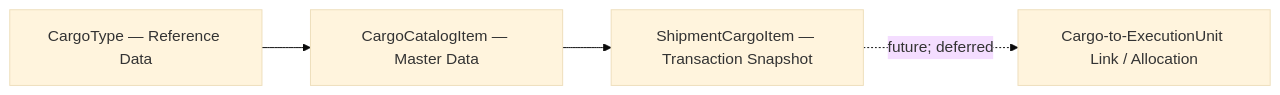
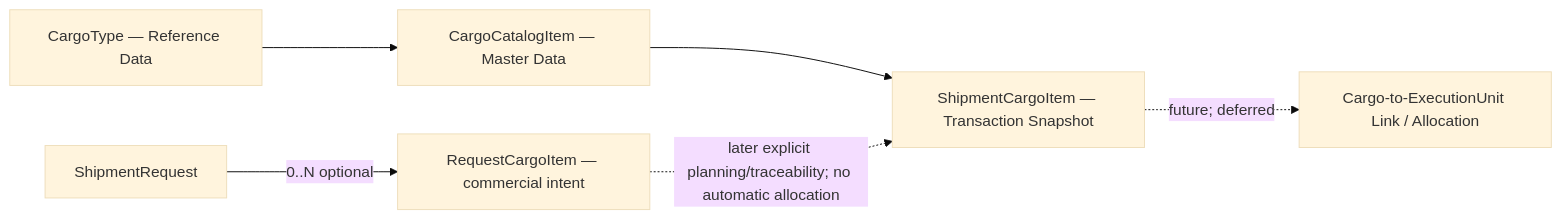
The fourth of 8 diagrams in docs/operational/FDM-001-forwarder-domain-map.md (behtashnoori/forwarder), drawn with Mermaid (base theme) before and after one commit. The commit also changed other lines of this file and 16 other files, not shown here.

Commit message:
docs(architecture): reconcile product references under LPAF

````diff
--- a/docs/operational/FDM-001-forwarder-domain-map.md
+++ b/docs/operational/FDM-001-forwarder-domain-map.md
@@ -56,5 +60,7 @@
 ```mermaid
 flowchart LR
+  SR["ShipmentRequest"] -->|"0..N optional"| RI["RequestCargoItem — commercial intent"]
   CT["CargoType — Reference Data"] --> CC["CargoCatalogItem — Master Data"] --> SI["ShipmentCargoItem — Transaction Snapshot"]
+  RI -. "later explicit planning/traceability; no automatic allocation" .-> SI
   SI -. "future; deferred" .-> AL["Cargo-to-ExecutionUnit Link / Allocation"]
 ```
````
